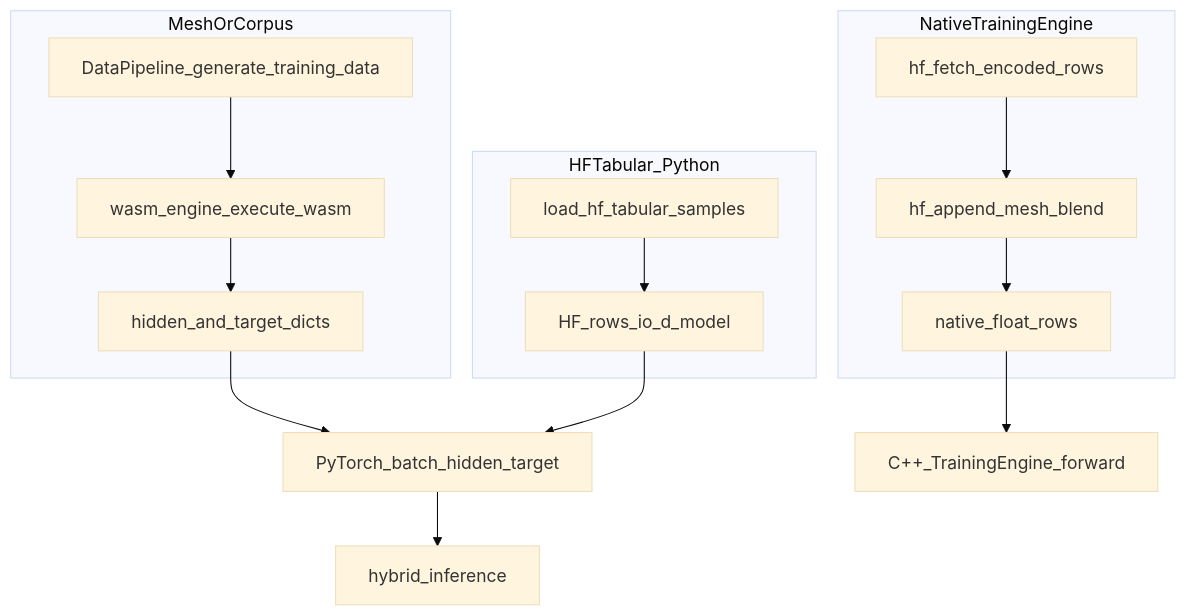
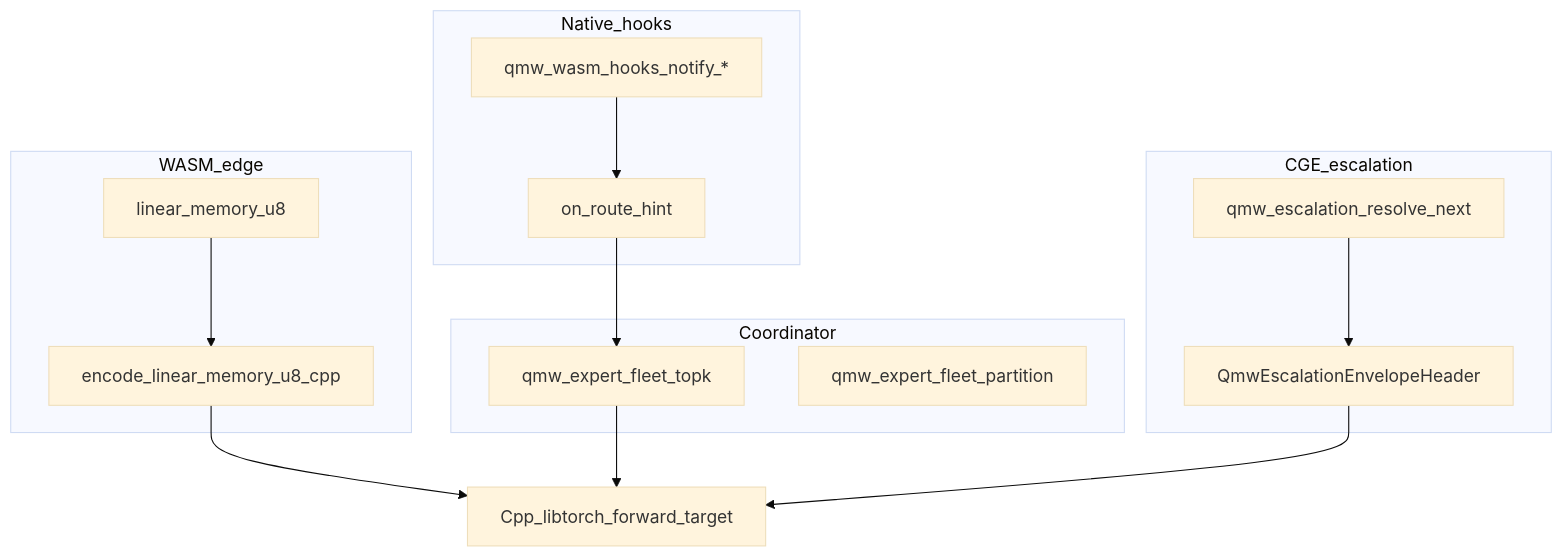
The first of 2 diagrams in docs/architecture/JOURNEY_OF_A_VECTOR.md (kennetholsenatm-gif/q_mini_wasm_v2), drawn with Mermaid (base theme) before and after one commit. The commit also changed other lines of this file and 16 other files, not shown here.

````diff
--- a/docs/architecture/JOURNEY_OF_A_VECTOR.md
+++ b/docs/architecture/JOURNEY_OF_A_VECTOR.md
@@ -17,23 +15,26 @@
 ```mermaid
 flowchart TB
-  subgraph mesh_path [MeshOrCorpus]
-    DP[DataPipeline_generate_training_data]
-    EW[wasm_engine_execute_wasm]
-    DP --> EW
-    EW --> HS[hidden_and_target_dicts]
+  subgraph wasm_edge [WASM_edge]
+    LM[linear_memory_u8]
+    ENC[encode_linear_memory_u8_cpp]
+    LM --> ENC
   end
-  subgraph hf_path [HFTabular_Python]
-    LD[load_hf_tabular_samples]
-    LD --> HFB[HF_rows_io_d_model]
+  subgraph hooks [Native_hooks]
+    WH[qmw_wasm_hooks_notify_*]
+    RH[on_route_hint]
+    WH --> RH
   end
-  subgraph native_path [NativeTrainingEngine]
-    FE[hf_fetch_encoded_rows]
-    MB[hf_append_mesh_blend]
-    FE --> MB
-    MB --> ROWS[native_float_rows]
+  subgraph fleet [Coordinator]
+    TOPK[qmw_expert_fleet_topk]
+    PART[qmw_expert_fleet_partition]
+    RH --> TOPK
   end
-  HS --> BATCH[PyTorch_batch_hidden_target]
-  HFB --> BATCH
-  ROWS --> NFW[C++_TrainingEngine_forward]
-  BATCH --> HI[hybrid_inference]
+  subgraph escalate [CGE_escalation]
+    EN[qmw_escalation_resolve_next]
+    ENV[QmwEscalationEnvelopeHeader]
+    EN --> ENV
+  end
+  ENC --> TORCH[Cpp_libtorch_forward_target]
+  TOPK --> TORCH
+  ENV --> TORCH
 ```
````
